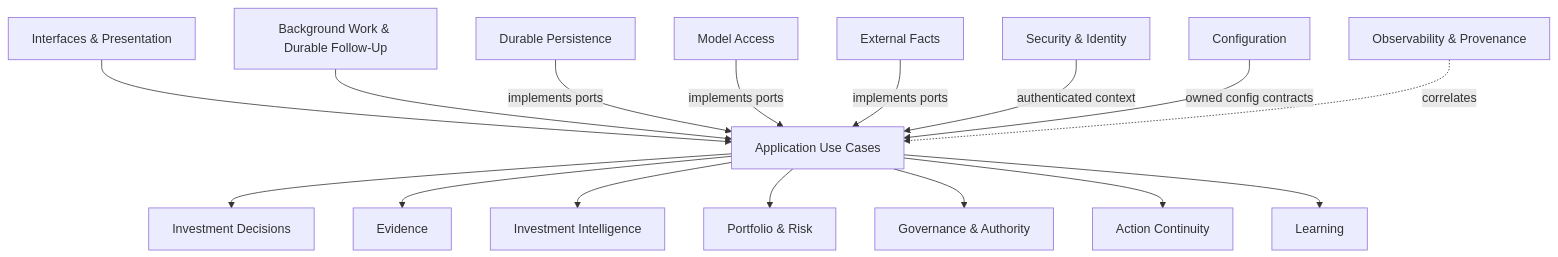
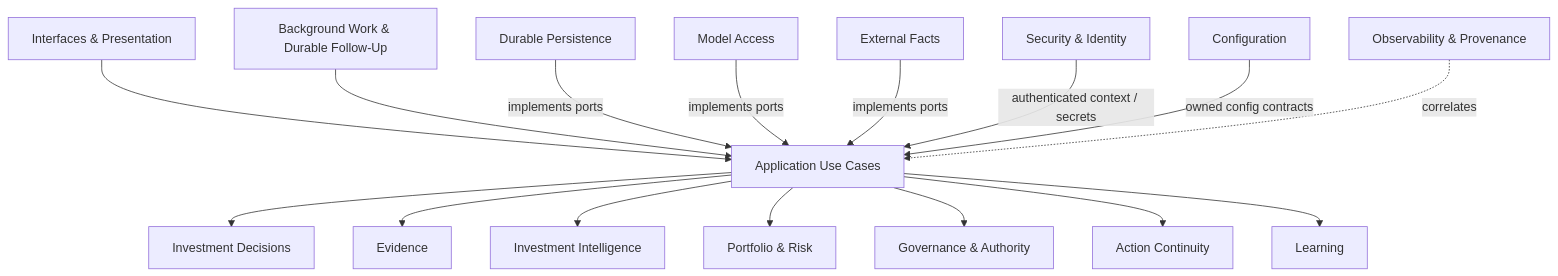
Before and after one commit to sponge-b0b/Polaris: the third of 8 diagrams in docs/proposed/platform-domain-interaction-map.md, drawn with Mermaid. The commit also changed other lines of this file and 10 other files, not shown here.

````diff
--- a/docs/proposed/platform-domain-interaction-map.md
+++ b/docs/proposed/platform-domain-interaction-map.md
@@ -213,20 +214,20 @@
 ```mermaid
 flowchart TB
     UI[Interfaces & Presentation] --> APP[Application Use Cases]
     BG[Background Work & Durable Follow-Up] --> APP
 
     APP --> D[Investment Decisions]
     APP --> E[Evidence]
     APP --> I[Investment Intelligence]
     APP --> P[Portfolio & Risk]
     APP --> G[Governance & Authority]
     APP --> A[Action Continuity]
     APP --> L[Learning]
 
     DP[Durable Persistence] -->|implements ports| APP
     MA[Model Access] -->|implements ports| APP
     EF[External Facts] -->|implements ports| APP
-    SI[Security & Identity] -->|authenticated context| APP
+    SI[Security & Identity] -->|authenticated context / secrets| APP
     CFG[Configuration] -->|owned config contracts| APP
     OBS[Observability & Provenance] -.correlates.-> APP
 ```
````
